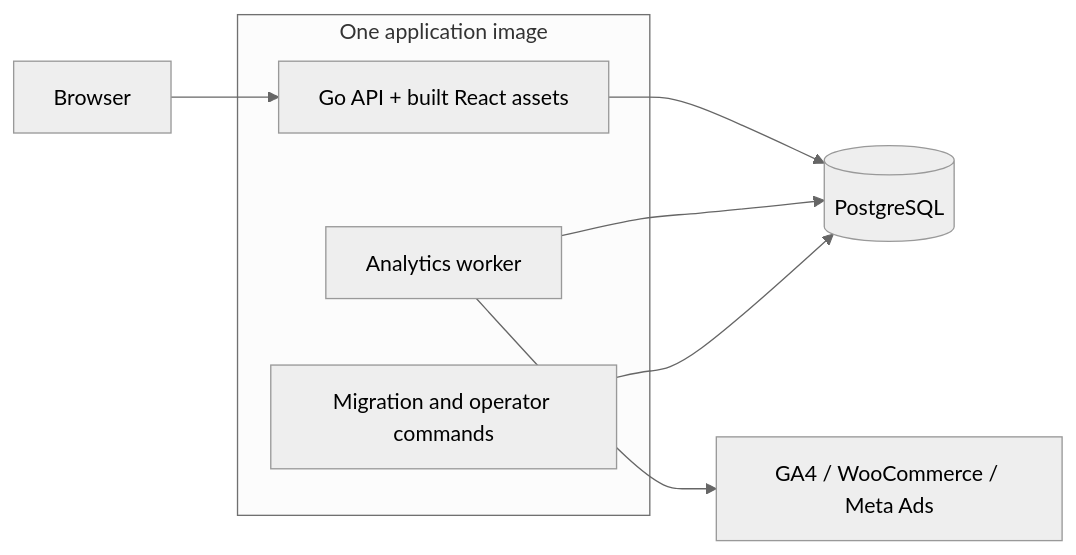
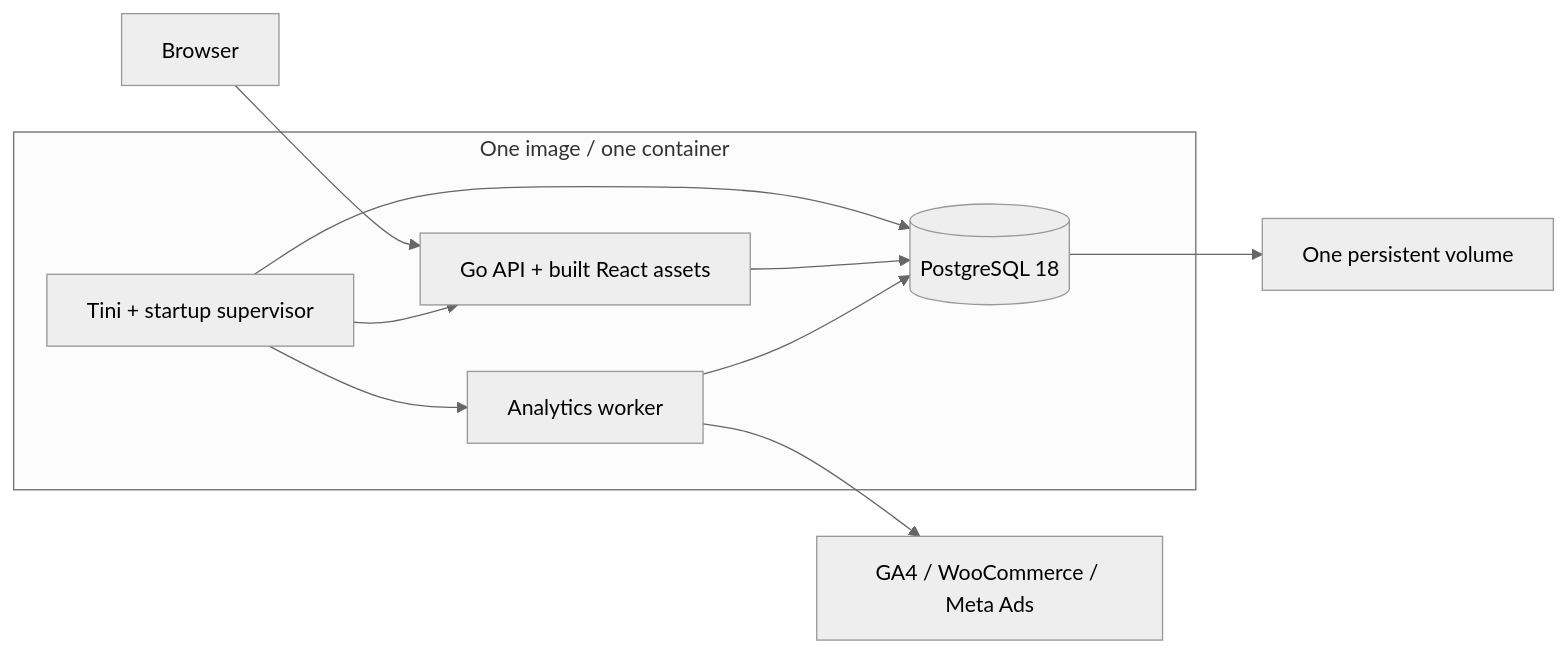
Before and after one commit to theroisey/else: the diagram in README.md, drawn with Mermaid (neutral theme). The commit also changed other lines of this file and 39 other files, not shown here.

First line of the commit message:
feat(docker): run the complete platform in one supervised container

````diff
--- a/README.md
+++ b/README.md
@@ -75,13 +75,17 @@
 ```mermaid
 flowchart LR
     Browser[Browser] --> Web
-    subgraph Image[One application image]
+    subgraph Container[One image / one container]
+        Supervisor[Tini + startup supervisor]
         Web[Go API + built React assets]
         Worker[Analytics worker]
-        Tools[Migration and operator commands]
+        DB[(PostgreSQL 18)]
+        Supervisor --> Web
+        Supervisor --> Worker
+        Supervisor --> DB
+        Web --> DB
+        Worker --> DB
     end
-    Web --> DB[(PostgreSQL)]
-    Worker --> DB
-    Tools --> DB
+    DB --> Volume[One persistent volume]
     Worker --> Providers[GA4 / WooCommerce / Meta Ads]
 ```
````
